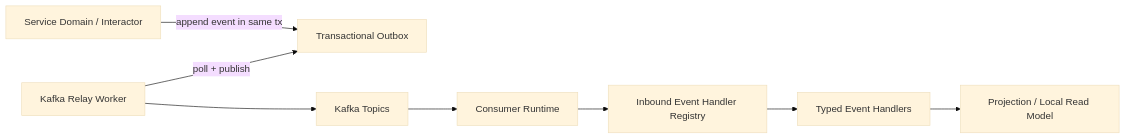
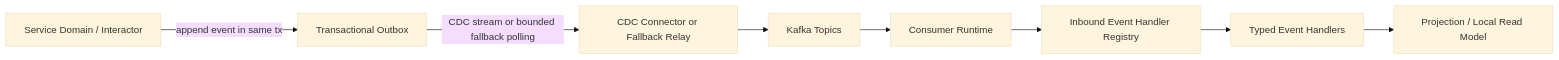
The second of 3 diagrams in docs/architecture/async-messaging.md (tuannm99/podzone), drawn with Mermaid (base theme) before and after one commit. The commit also changed other lines of this file and 15 other files, not shown here.

Commit message:
fix(vibe): cdc connect for outbox streaming

````diff
--- a/docs/architecture/async-messaging.md
+++ b/docs/architecture/async-messaging.md
@@ -5,19 +54,19 @@
 ```mermaid
 flowchart LR
     Domain["Service Domain / Interactor"]
     Outbox["Transactional Outbox"]
-    Relay["Kafka Relay Worker"]
+    Relay["CDC Connector or Fallback Relay"]
     Kafka["Kafka Topics"]
     ConsumerRuntime["Consumer Runtime"]
     Handler["Inbound Event Handler Registry"]
     TypedHandlers["Typed Event Handlers"]
     Projection["Projection / Local Read Model"]
 
     Domain -->|"append event in same tx"| Outbox
-    Relay -->|"poll + publish"| Outbox
+    Outbox -->|"CDC stream or bounded fallback polling"| Relay
     Relay --> Kafka
     Kafka --> ConsumerRuntime
     ConsumerRuntime --> Handler
     Handler --> TypedHandlers
     TypedHandlers --> Projection
 ```
````
